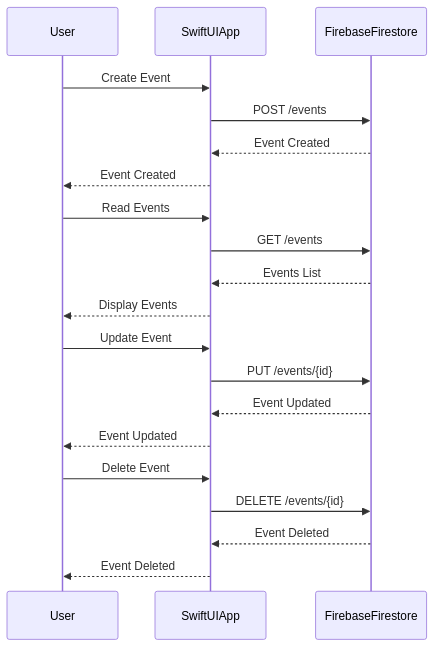
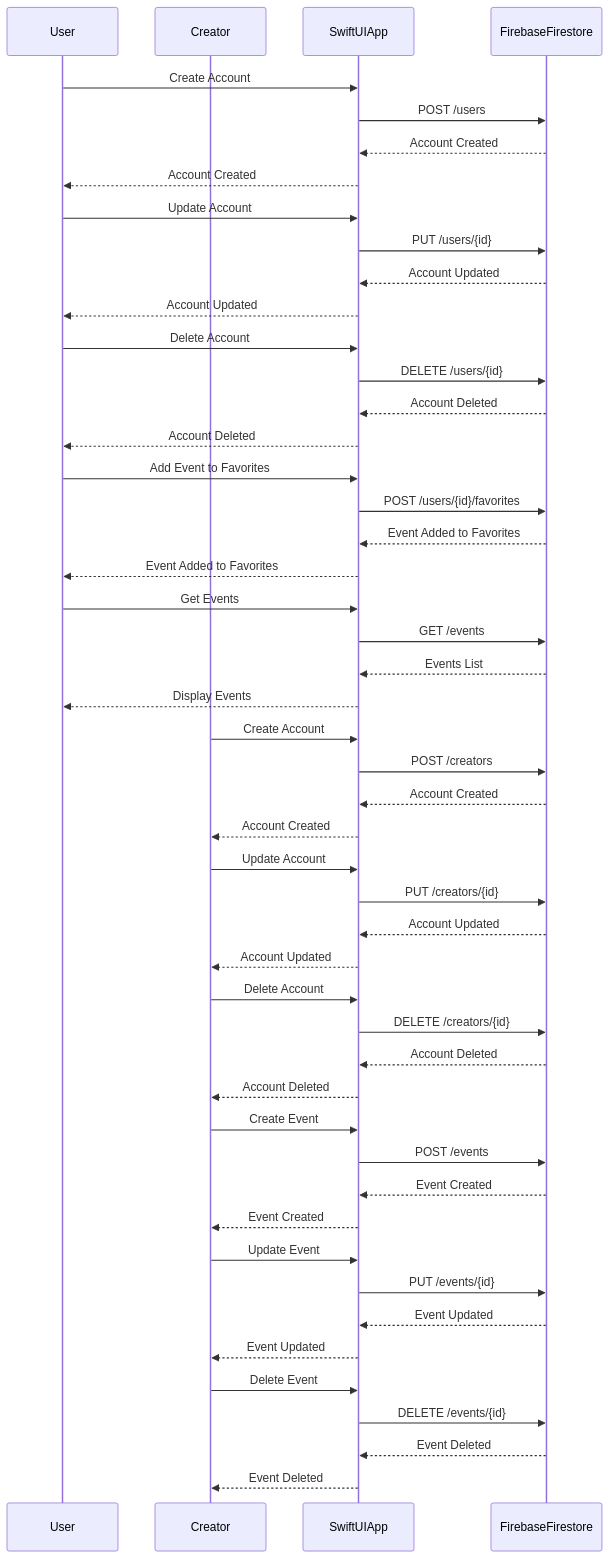
The second of 2 diagrams in doc/2-Technical_Documentation.md (vlldnt/Portfolio-IAKOA), drawn with Mermaid before and after one commit. The commit also changed other lines of this file, not shown here.

Commit message:
fix: sequence diagram modified

````diff
--- a/doc/2-Technical_Documentation.md
+++ b/doc/2-Technical_Documentation.md
@@ -105,26 +106,65 @@
 ```mermaid
 sequenceDiagram
     participant User
+    participant Creator
     participant SwiftUIApp
     participant FirebaseFirestore
 
-    User->>SwiftUIApp: Create Event
-    SwiftUIApp->>FirebaseFirestore: POST /events
-    FirebaseFirestore-->>SwiftUIApp: Event Created
-    SwiftUIApp-->>User: Event Created
+    %% User Operations
+    User->>SwiftUIApp: Create Account
+    SwiftUIApp->>FirebaseFirestore: POST /users
+    FirebaseFirestore-->>SwiftUIApp: Account Created
+    SwiftUIApp-->>User: Account Created
 
-    User->>SwiftUIApp: Read Events
+    User->>SwiftUIApp: Update Account
+    SwiftUIApp->>FirebaseFirestore: PUT /users/{id}
+    FirebaseFirestore-->>SwiftUIApp: Account Updated
+    SwiftUIApp-->>User: Account Updated
+
+    User->>SwiftUIApp: Delete Account
+    SwiftUIApp->>FirebaseFirestore: DELETE /users/{id}
+    FirebaseFirestore-->>SwiftUIApp: Account Deleted
+    SwiftUIApp-->>User: Account Deleted
+
+    User->>SwiftUIApp: Add Event to Favorites
+    SwiftUIApp->>FirebaseFirestore: POST /users/{id}/favorites
+    FirebaseFirestore-->>SwiftUIApp: Event Added to Favorites
+    SwiftUIApp-->>User: Event Added to Favorites
+
+    User->>SwiftUIApp: Get Events
     SwiftUIApp->>FirebaseFirestore: GET /events
     FirebaseFirestore-->>SwiftUIApp: Events List
     SwiftUIApp-->>User: Display Events
 
-    User->>SwiftUIApp: Update Event
+    %% Creator Operations
+    Creator->>SwiftUIApp: Create Account
+    SwiftUIApp->>FirebaseFirestore: POST /creators
+    FirebaseFirestore-->>SwiftUIApp: Account Created
+    SwiftUIApp-->>Creator: Account Created
+
+    Creator->>SwiftUIApp: Update Account
+    SwiftUIApp->>FirebaseFirestore: PUT /creators/{id}
+    FirebaseFirestore-->>SwiftUIApp: Account Updated
+    SwiftUIApp-->>Creator: Account Updated
+
+    Creator->>SwiftUIApp: Delete Account
+    SwiftUIApp->>FirebaseFirestore: DELETE /creators/{id}
+    FirebaseFirestore-->>SwiftUIApp: Account Deleted
+    SwiftUIApp-->>Creator: Account Deleted
+
+    Creator->>SwiftUIApp: Create Event
+    SwiftUIApp->>FirebaseFirestore: POST /events
+    FirebaseFirestore-->>SwiftUIApp: Event Created
+    SwiftUIApp-->>Creator: Event Created
+
+    Creator->>SwiftUIApp: Update Event
     SwiftUIApp->>FirebaseFirestore: PUT /events/{id}
     FirebaseFirestore-->>SwiftUIApp: Event Updated
-    SwiftUIApp-->>User: Event Updated
+    SwiftUIApp-->>Creator: Event Updated
 
-    User->>SwiftUIApp: Delete Event
+    Creator->>SwiftUIApp: Delete Event
     SwiftUIApp->>FirebaseFirestore: DELETE /events/{id}
     FirebaseFirestore-->>SwiftUIApp: Event Deleted
-    SwiftUIApp-->>User: Event Deleted
+    SwiftUIApp-->>Creator: Event Deleted
+
 ```
````
